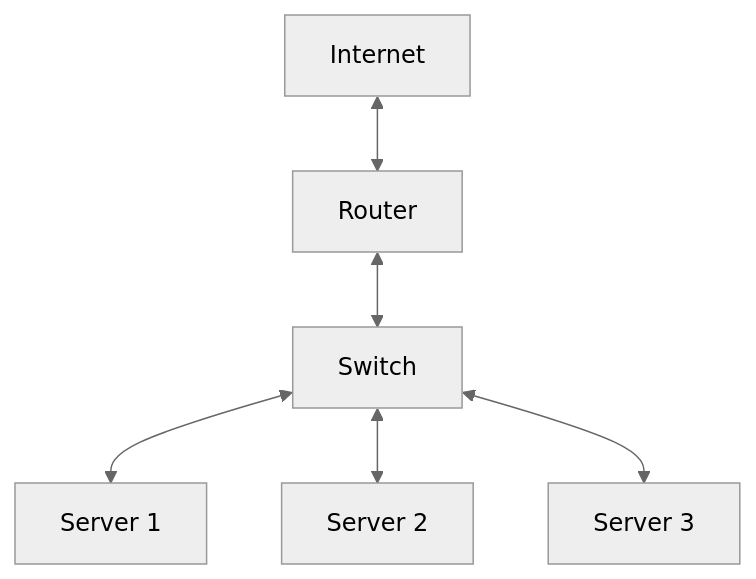
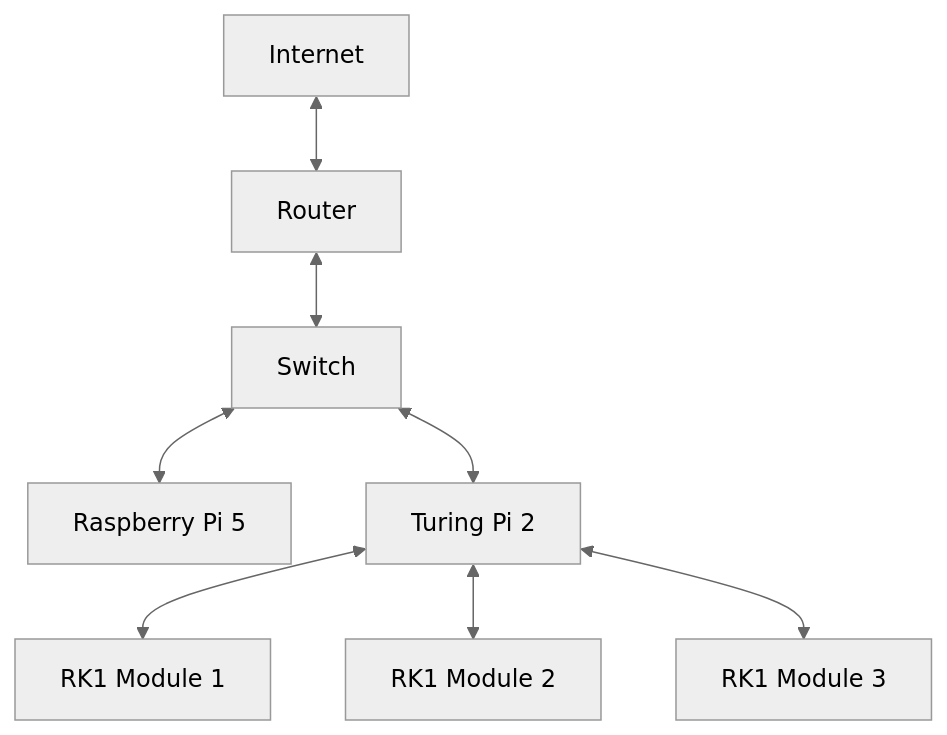
Before and after one commit to johanhallberg/homelab-docs: the first of 6 diagrams in docs/infrastructure/homelab-layout.md, drawn with Mermaid (neutral theme). The commit also changed other lines of this file, not shown here.

````diff
--- a/docs/infrastructure/homelab-layout.md
+++ b/docs/infrastructure/homelab-layout.md
@@ -17,8 +22,10 @@
 ```mermaid
 graph TD
   Internet <--> Router
   Router <--> Switch
-  Switch <--> Server1[Server 1]
-  Switch <--> Server2[Server 2]
-  Switch <--> Server3[Server 3]
+  Switch <--> Staging[Raspberry Pi 5]
+  Switch <--> Production[Turing Pi 2]
+  Production <--> RK1_1[RK1 Module 1]
+  Production <--> RK1_2[RK1 Module 2]
+  Production <--> RK1_3[RK1 Module 3]
 ```
````
